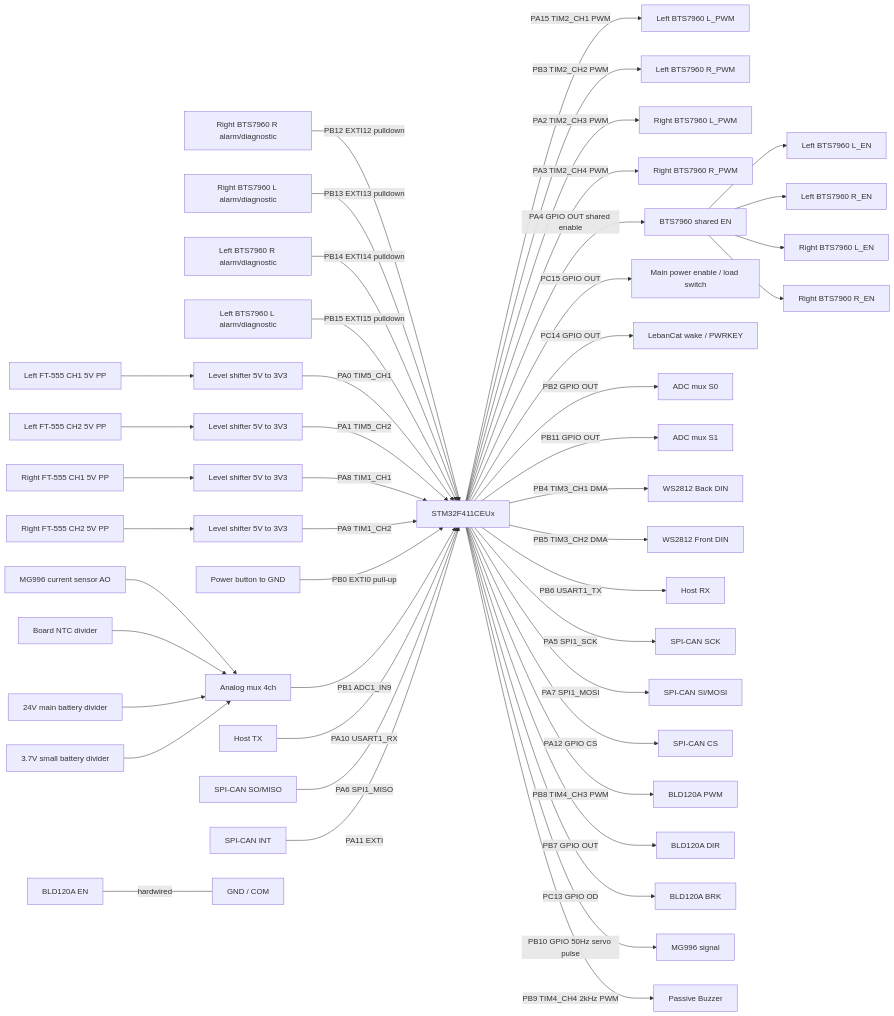
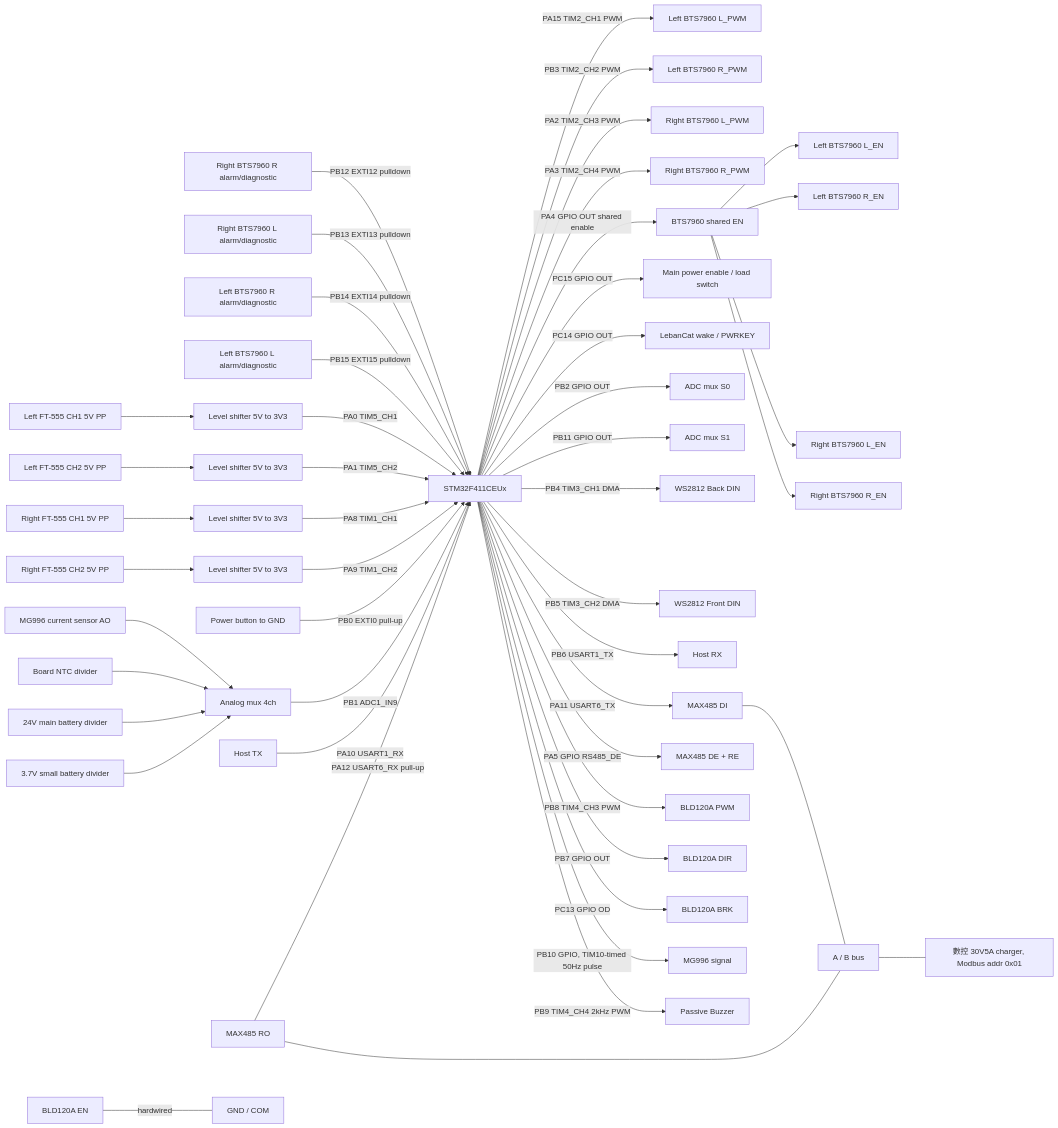
One commit to edwards414/mower_path_planning changed the diagram in wire.md. Above: the diagram before and after it, drawn with Mermaid. The commit also changed other lines of this file and 23 other files, not shown here.

````diff
--- a/wire.md
+++ b/wire.md
@@ -57,60 +57,61 @@
 ```mermaid
 flowchart LR
   STM32[STM32F411CEUx]
 
   STM32 -->|PA15 TIM2_CH1 PWM| L_BTS_LPWM[Left BTS7960 L_PWM]
   STM32 -->|PB3 TIM2_CH2 PWM| L_BTS_RPWM[Left BTS7960 R_PWM]
   STM32 -->|PA2 TIM2_CH3 PWM| R_BTS_LPWM[Right BTS7960 L_PWM]
   STM32 -->|PA3 TIM2_CH4 PWM| R_BTS_RPWM[Right BTS7960 R_PWM]
 
   STM32 -->|PA4 GPIO OUT shared enable| BTS_EN[BTS7960 shared EN]
   BTS_EN --> L_BTS_LEN[Left BTS7960 L_EN]
   BTS_EN --> L_BTS_REN[Left BTS7960 R_EN]
   BTS_EN --> R_BTS_LEN[Right BTS7960 L_EN]
   BTS_EN --> R_BTS_REN[Right BTS7960 R_EN]
 
   R_BTS_RALM[Right BTS7960 R alarm/diagnostic] -->|PB12 EXTI12 pulldown| STM32
   R_BTS_LALM[Right BTS7960 L alarm/diagnostic] -->|PB13 EXTI13 pulldown| STM32
   L_BTS_RALM[Left BTS7960 R alarm/diagnostic] -->|PB14 EXTI14 pulldown| STM32
   L_BTS_LALM[Left BTS7960 L alarm/diagnostic] -->|PB15 EXTI15 pulldown| STM32
 
   FT555_L1[Left FT-555 CH1 5V PP] --> L_LVL1[Level shifter 5V to 3V3]
   FT555_L2[Left FT-555 CH2 5V PP] --> L_LVL2[Level shifter 5V to 3V3]
   FT555_R1[Right FT-555 CH1 5V PP] --> R_LVL1[Level shifter 5V to 3V3]
   FT555_R2[Right FT-555 CH2 5V PP] --> R_LVL2[Level shifter 5V to 3V3]
   L_LVL1 -->|PA0 TIM5_CH1| STM32
   L_LVL2 -->|PA1 TIM5_CH2| STM32
   R_LVL1 -->|PA8 TIM1_CH1| STM32
   R_LVL2 -->|PA9 TIM1_CH2| STM32
 
   PWR_BTN[Power button to GND] -->|PB0 EXTI0 pull-up| STM32
   STM32 -->|PC15 GPIO OUT| MAIN_PWR_EN[Main power enable / load switch]
   STM32 -->|PC14 GPIO OUT| LEBANCAT_WAKE[LebanCat wake / PWRKEY]
 
   STM32 -->|PB2 GPIO OUT| ADC_MUX_S0[ADC mux S0]
   STM32 -->|PB11 GPIO OUT| ADC_MUX_S1[ADC mux S1]
   CURRENT_SENSOR[MG996 current sensor AO] --> ADC_MUX[Analog mux 4ch]
   BOARD_NTC[Board NTC divider] --> ADC_MUX
   MAIN_BAT[24V main battery divider] --> ADC_MUX
   AON_BAT[3.7V small battery divider] --> ADC_MUX
   ADC_MUX -->|PB1 ADC1_IN9| STM32
 
   STM32 -->|PB4 TIM3_CH1 DMA| LED_BACK[WS2812 Back DIN]
   STM32 -->|PB5 TIM3_CH2 DMA| LED_FRONT[WS2812 Front DIN]
 
   STM32 -->|PB6 USART1_TX| HOST_RX[Host RX]
   HOST_TX[Host TX] -->|PA10 USART1_RX| STM32
 
-  STM32 -->|PA5 SPI1_SCK| CAN_SCK[SPI-CAN SCK]
-  CAN_SO[SPI-CAN SO/MISO] -->|PA6 SPI1_MISO| STM32
-  STM32 -->|PA7 SPI1_MOSI| CAN_SI[SPI-CAN SI/MOSI]
-  STM32 -->|PA12 GPIO CS| CAN_CS[SPI-CAN CS]
-  CAN_INT[SPI-CAN INT] -->|PA11 EXTI| STM32
+  STM32 -->|PA11 USART6_TX| MAX485_DI[MAX485 DI]
+  MAX485_RO[MAX485 RO] -->|PA12 USART6_RX pull-up| STM32
+  STM32 -->|PA5 GPIO RS485_DE| MAX485_DE[MAX485 DE + RE]
+  MAX485_DI --- RS485_AB[A / B bus]
+  MAX485_RO --- RS485_AB
+  RS485_AB --- CHARGER[數控 30V5A charger, Modbus addr 0x01]
 
   STM32 -->|PB8 TIM4_CH3 PWM| BLD120A_PWM[BLD120A PWM]
   STM32 -->|PB7 GPIO OUT| BLD120A_DIR[BLD120A DIR]
   STM32 -->|PC13 GPIO OD| BLD120A_BRK[BLD120A BRK]
   BLD120A_EN[BLD120A EN] ---|hardwired| GND_BLD[GND / COM]
-  STM32 -->|PB10 GPIO 50Hz servo pulse| MG996_SIG[MG996 signal]
+  STM32 -->|PB10 GPIO, TIM10-timed 50Hz pulse| MG996_SIG[MG996 signal]
   STM32 -->|PB9 TIM4_CH4 2kHz PWM| BUZZER[Passive Buzzer]
 ```
````
